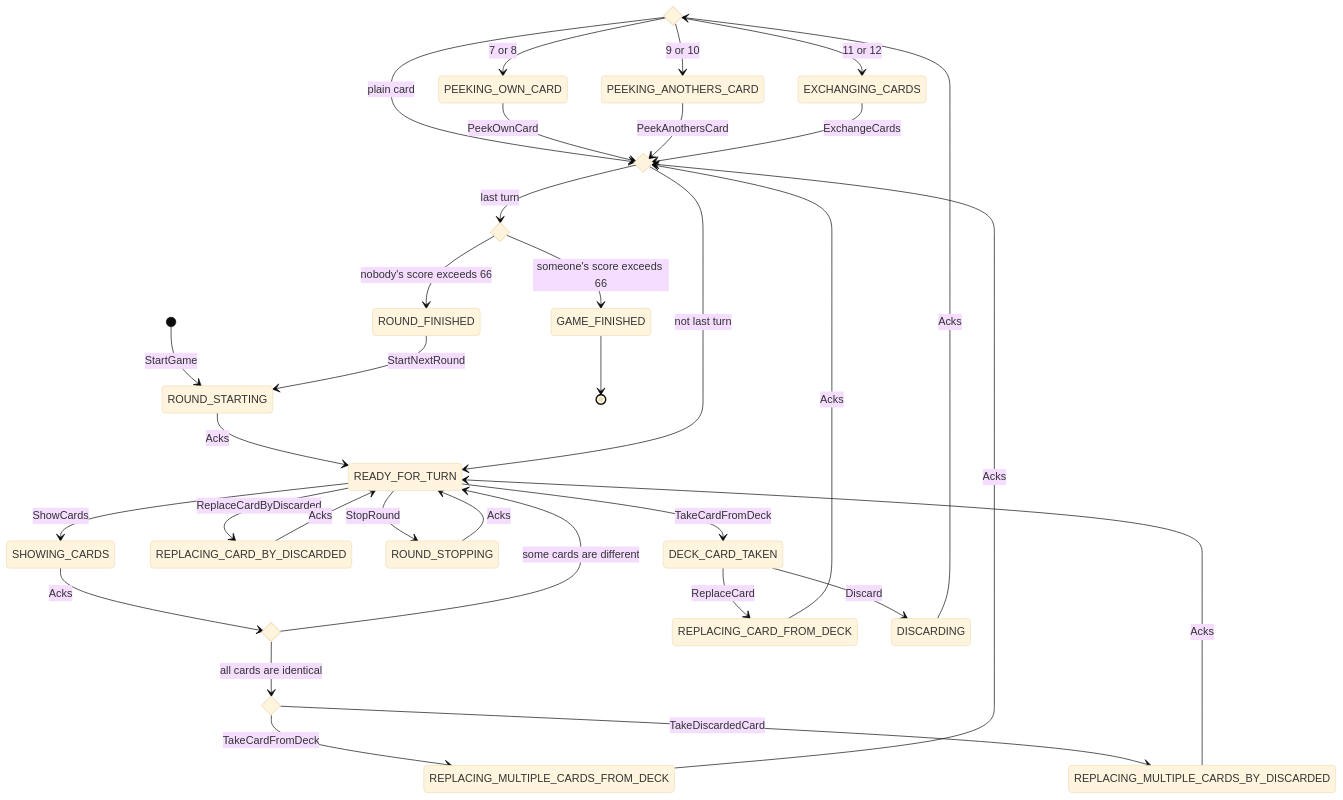
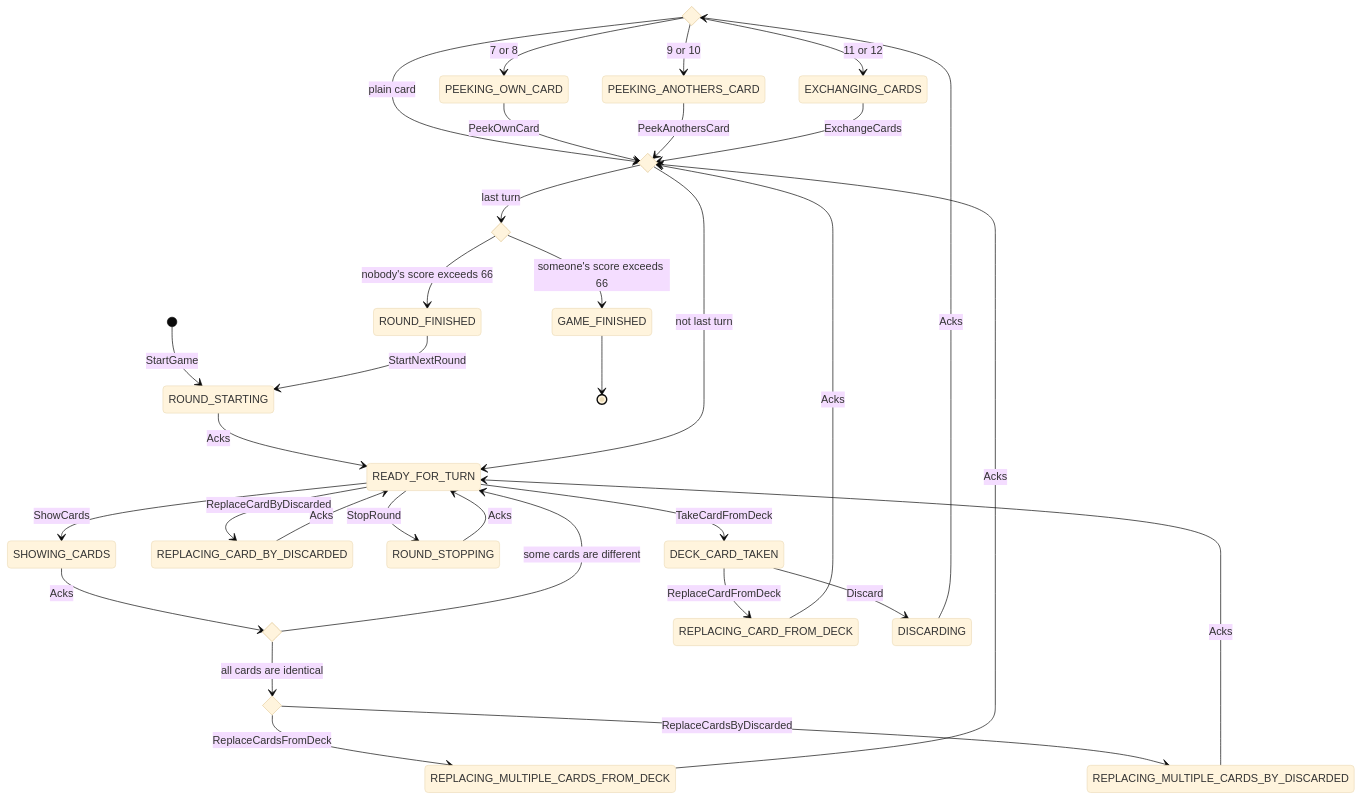
Before and after one commit to roman-zubarevich/another: the first of 17 diagrams in README.md, drawn with Mermaid (base theme). The commit also changed other lines of this file, not shown here.

Commit message:
adjust readme

````diff
--- a/README.md
+++ b/README.md
@@ -7,40 +7,40 @@
 ```mermaid
 stateDiagram-v2
     state discarded <<choice>>
     state comparing_cards <<choice>>
     state replacing_cards <<choice>>
     state turn_done <<choice>>
     state round_done <<choice>>
     [*] --> ROUND_STARTING: StartGame
     ROUND_STARTING --> READY_FOR_TURN: Acks
     READY_FOR_TURN --> DECK_CARD_TAKEN: TakeCardFromDeck
     READY_FOR_TURN --> REPLACING_CARD_BY_DISCARDED: ReplaceCardByDiscarded
     READY_FOR_TURN --> ROUND_STOPPING: StopRound
     READY_FOR_TURN --> SHOWING_CARDS: ShowCards
     SHOWING_CARDS --> comparing_cards: Acks
     comparing_cards --> READY_FOR_TURN: some cards are different
     comparing_cards --> replacing_cards: all cards are identical
-    replacing_cards --> REPLACING_MULTIPLE_CARDS_FROM_DECK: TakeCardFromDeck
-    replacing_cards --> REPLACING_MULTIPLE_CARDS_BY_DISCARDED: TakeDiscardedCard
-    DECK_CARD_TAKEN --> REPLACING_CARD_FROM_DECK: ReplaceCard
+    replacing_cards --> REPLACING_MULTIPLE_CARDS_FROM_DECK: ReplaceCardsFromDeck
+    replacing_cards --> REPLACING_MULTIPLE_CARDS_BY_DISCARDED: ReplaceCardsByDiscarded
+    DECK_CARD_TAKEN --> REPLACING_CARD_FROM_DECK: ReplaceCardFromDeck
     REPLACING_CARD_FROM_DECK --> turn_done: Acks
     DECK_CARD_TAKEN --> DISCARDING: Discard
     DISCARDING --> discarded: Acks
     discarded --> turn_done: plain card
     discarded --> PEEKING_OWN_CARD: 7 or 8
     discarded --> PEEKING_ANOTHERS_CARD: 9 or 10
     discarded --> EXCHANGING_CARDS: 11 or 12
     REPLACING_CARD_BY_DISCARDED --> READY_FOR_TURN: Acks
     REPLACING_MULTIPLE_CARDS_BY_DISCARDED --> READY_FOR_TURN: Acks
     ROUND_STOPPING --> READY_FOR_TURN: Acks
     REPLACING_MULTIPLE_CARDS_FROM_DECK --> turn_done: Acks
     PEEKING_OWN_CARD --> turn_done: PeekOwnCard
     PEEKING_ANOTHERS_CARD --> turn_done: PeekAnothersCard
     EXCHANGING_CARDS --> turn_done: ExchangeCards
     turn_done --> READY_FOR_TURN: not last turn
     turn_done --> round_done: last turn
     round_done --> ROUND_FINISHED: nobody's score exceeds 66
     round_done --> GAME_FINISHED: someone's score exceeds 66
     ROUND_FINISHED --> ROUND_STARTING: StartNextRound
     GAME_FINISHED --> [*]
 ```
````
